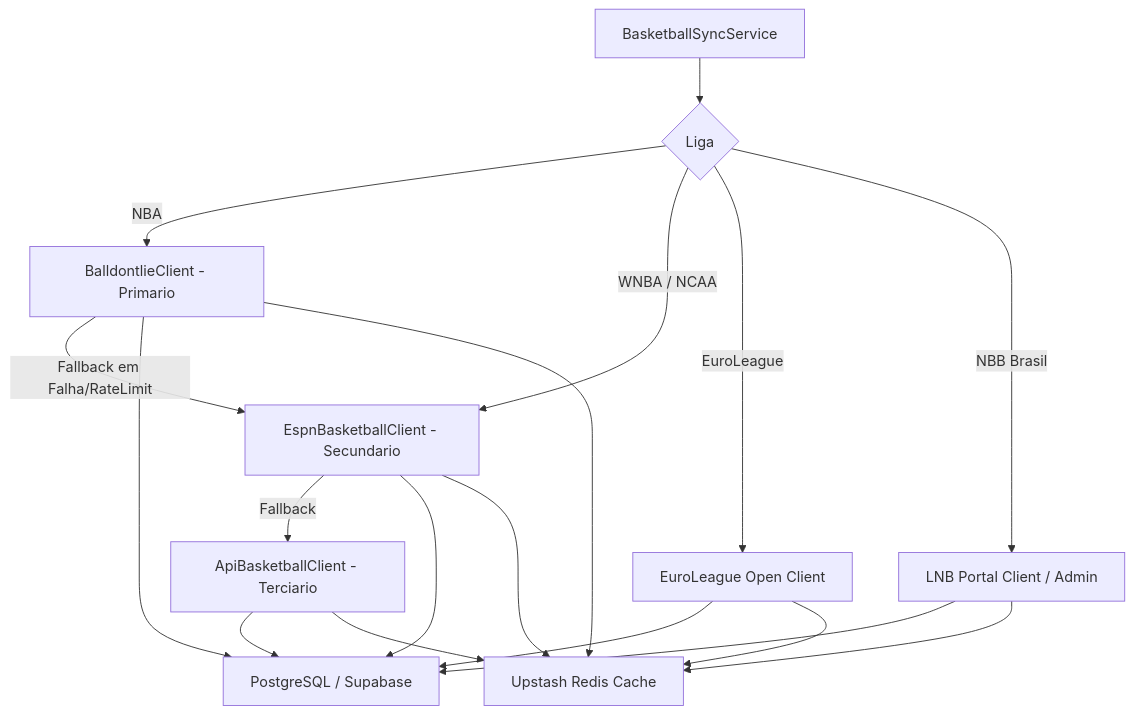
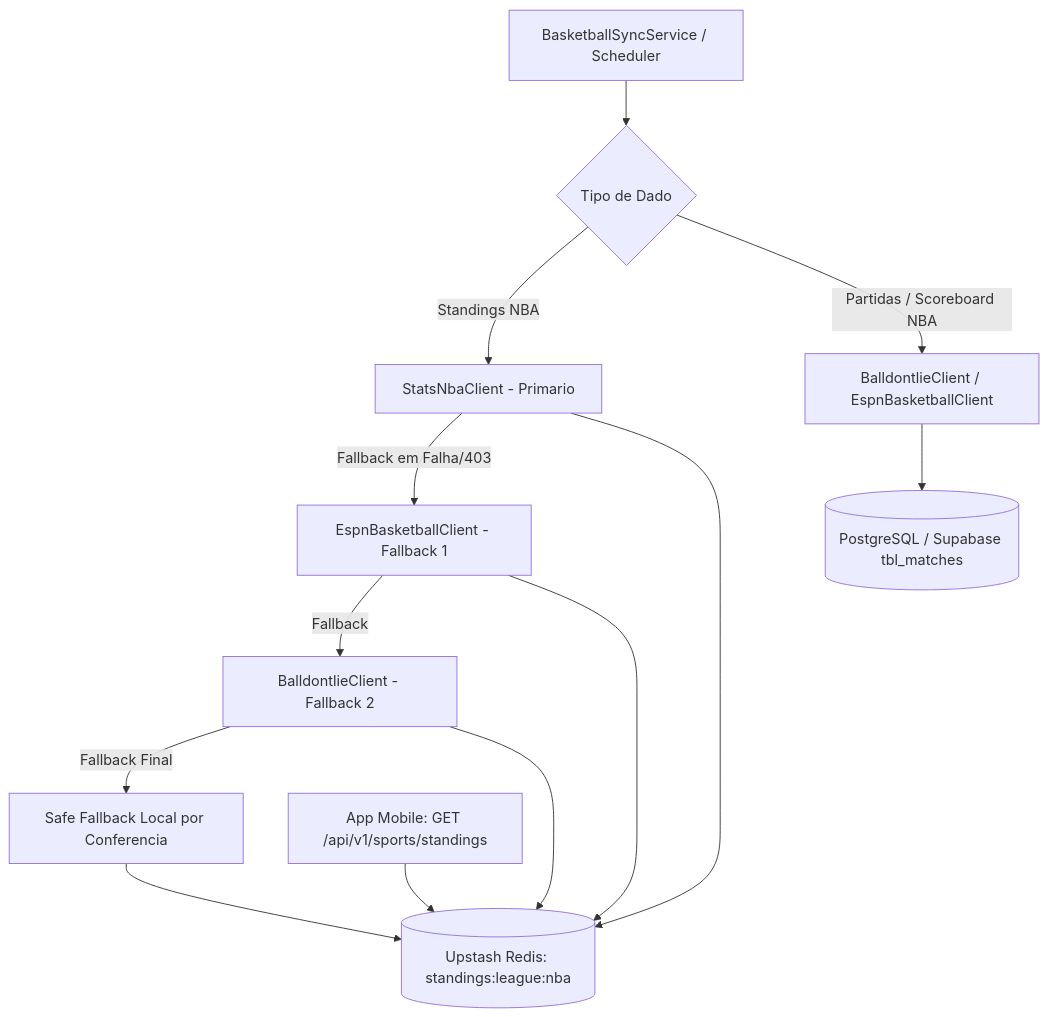
Before and after one commit to lvmp/ligadospalpites-core: the diagram in docs/adr/0013-basketball-data-strategy.md, drawn with Mermaid. The commit also changed other lines of this file and 8 other files, not shown here.

First line of the commit message:
feat(basketball): integrate stats.nba.com standings with multi-provider fallback and redis cache

````diff
--- a/docs/adr/0013-basketball-data-strategy.md
+++ b/docs/adr/0013-basketball-data-strategy.md
@@ -31,13 +35,15 @@
 ```mermaid
 graph TD
-    A[BasketballSyncService] --> B{Liga}
-    B -->|NBA| C[BalldontlieClient - Primario]
-    C -->|Fallback em Falha/RateLimit| D[EspnBasketballClient - Secundario]
-    D -->|Fallback| E[ApiBasketballClient - Terciario]
-    B -->|WNBA / NCAA| D
-    B -->|EuroLeague| F[EuroLeague Open Client]
-    B -->|NBB Brasil| G[LNB Portal Client / Admin]
+    A[BasketballSyncService / Scheduler] --> B{Tipo de Dado}
+    B -->|Standings NBA| C[StatsNbaClient - Primario]
+    C -->|Fallback em Falha/403| D[EspnBasketballClient - Fallback 1]
+    D -->|Fallback| E[BalldontlieClient - Fallback 2]
+    E -->|Fallback Final| F[Safe Fallback Local por Conferencia]
     
-    C & D & E & F & G --> H[PostgreSQL / Supabase]
-    C & D & E & F & G --> I[Upstash Redis Cache]
+    C & D & E & F --> G[(Upstash Redis: standings:league:nba)]
+    
+    B -->|Partidas / Scoreboard NBA| H[BalldontlieClient / EspnBasketballClient]
+    H --> I[(PostgreSQL / Supabase tbl_matches)]
+    
+    J[App Mobile: GET /api/v1/sports/standings] --> G
 ```
````
